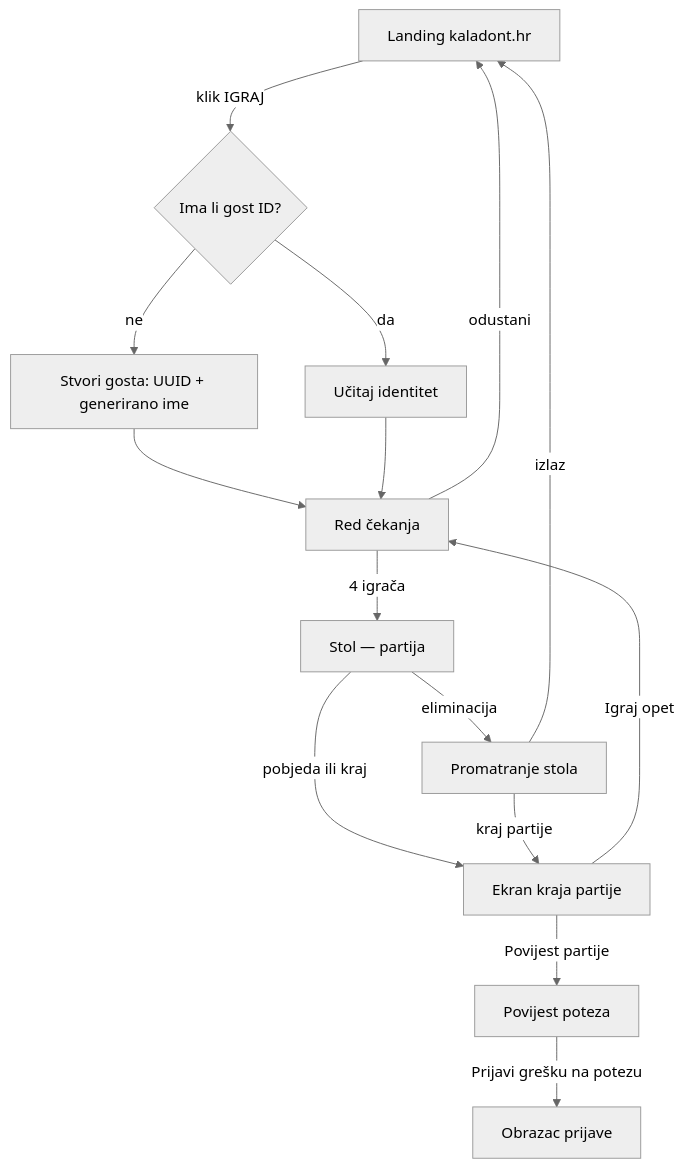
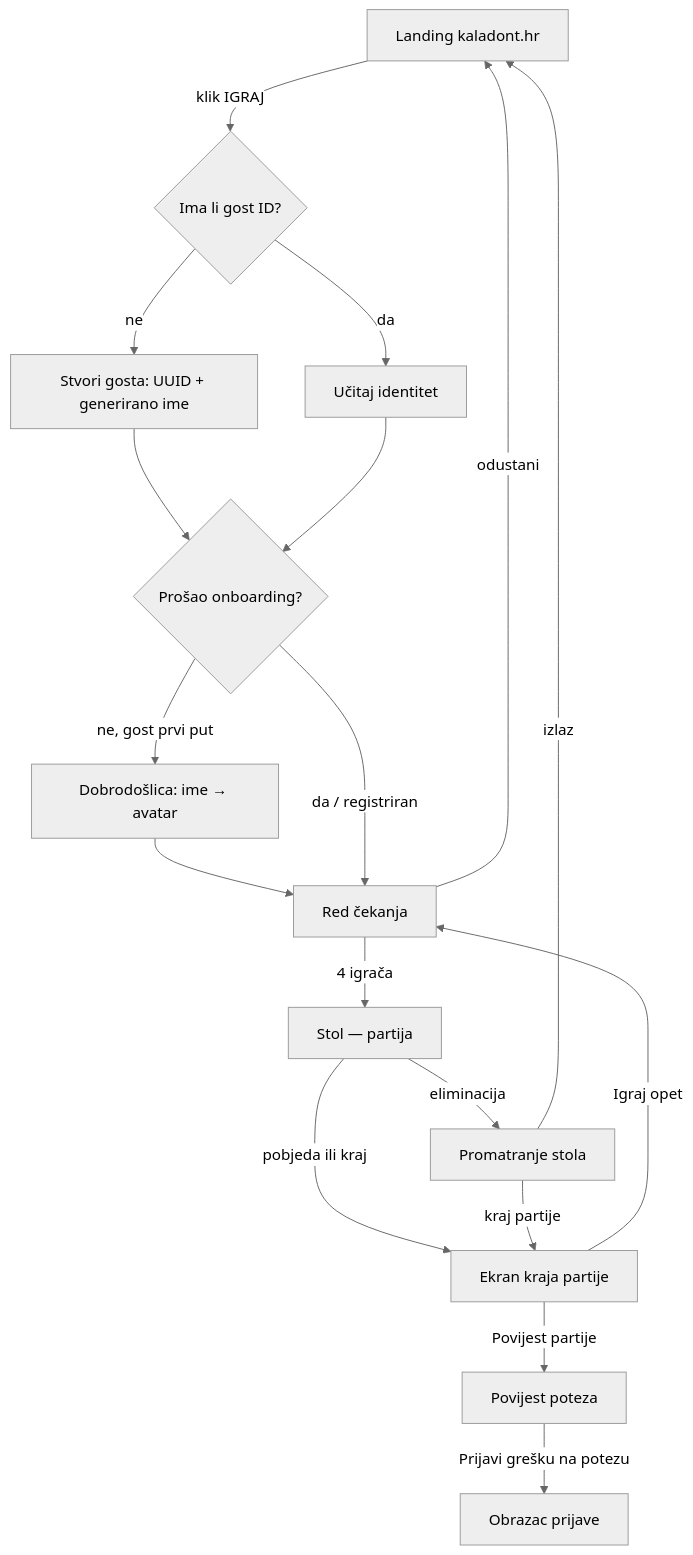
Before and after one commit to josipmestrovic/kaladont: the first of 3 diagrams in docs/05-ux-ui/tijek-korisnika.md, drawn with Mermaid (neutral theme). The commit also changed other lines of this file and 34 other files, not shown here.

````diff
--- a/docs/05-ux-ui/tijek-korisnika.md
+++ b/docs/05-ux-ui/tijek-korisnika.md
@@ -5,17 +5,20 @@
 ```mermaid
 flowchart TD
     A[Landing kaladont.hr] -->|klik IGRAJ| B{Ima li gost ID?}
     B -->|ne| C[Stvori gosta: UUID + generirano ime]
     B -->|da| D[Učitaj identitet]
-    C --> E[Red čekanja]
-    D --> E
+    C --> Z{Prošao onboarding?}
+    D --> Z
+    Z -->|ne, gost prvi put| W[Dobrodošlica: ime → avatar]
+    W --> E[Red čekanja]
+    Z -->|da / registriran| E
     E -->|4 igrača| F[Stol — partija]
     E -->|odustani| A
     F -->|eliminacija| G[Promatranje stola]
     F -->|pobjeda ili kraj| H[Ekran kraja partije]
     G -->|kraj partije| H
     G -->|izlaz| A
     H -->|Igraj opet| E
     H -->|Povijest partije| I[Povijest poteza]
     I -->|Prijavi grešku na potezu| J[Obrazac prijave]
 ```
````
